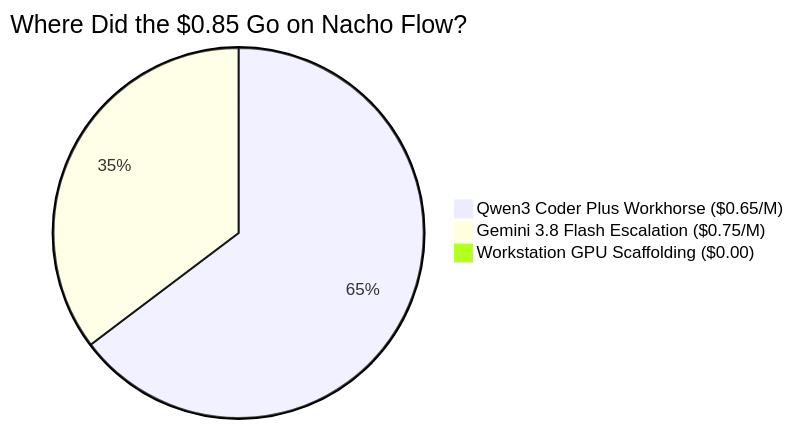
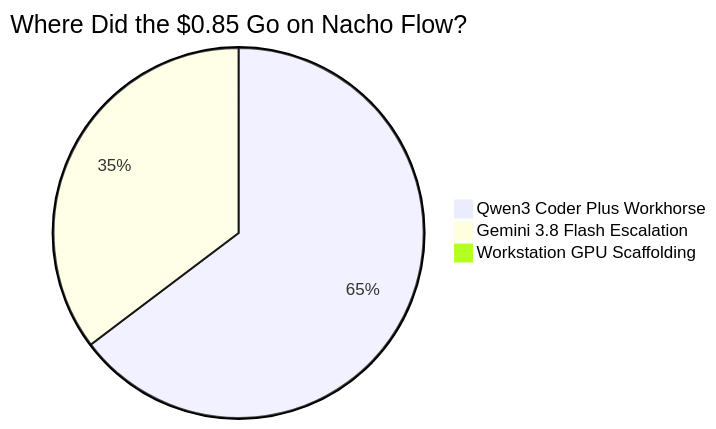
The eighth of 10 diagrams in docs/Sonnet-control-study.md (dixieflatline76/nacho-flow), drawn with Mermaid before and after one commit. The commit also changed other lines of this file and 2 other files, not shown here.

Commit message:
docs: fix mermaid diagrams for universal markdown preview compatibility

````diff
--- a/docs/Sonnet-control-study.md
+++ b/docs/Sonnet-control-study.md
@@ -339,6 +353,6 @@
 ```mermaid
 pie title Where Did the $0.85 Go on Nacho Flow?
-    "Qwen3 Coder Plus Workhorse ($0.65/M)" : 0.55
-    "Gemini 3.8 Flash Escalation ($0.75/M)" : 0.30
-    "Workstation GPU Scaffolding ($0.00)" : 0.00
+    "Qwen3 Coder Plus Workhorse" : 0.55
+    "Gemini 3.8 Flash Escalation" : 0.30
+    "Workstation GPU Scaffolding" : 0.00
 ```
````
